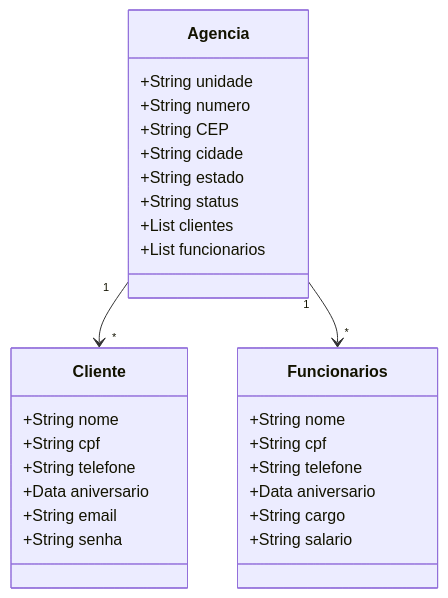
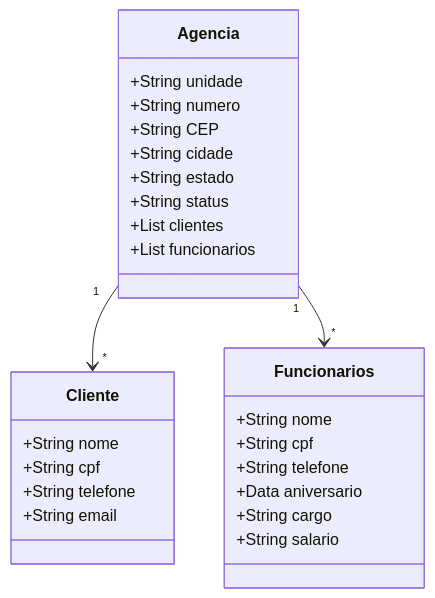
The diagram in README.md (Myrella-Goms/decola-tech-API-desafio-2025), drawn with Mermaid before and after one commit. The commit also changed other lines of this file, not shown here.

````diff
--- a/README.md
+++ b/README.md
@@ -13,34 +13,32 @@
 ```mermaid
 classDiagram
     class Agencia {
         +String unidade
         +String numero
         +String CEP
         +String cidade
         +String estado
         +String status
         +List<Clientes> clientes
         +List<Funcionarios> funcionarios
     }
 
     class Cliente {
         +String nome
         +String cpf
         +String telefone
-        +Data aniversario
         +String email
-        +String senha
     }
 
     class Funcionarios {
         +String nome
         +String cpf
         +String telefone
         +Data aniversario
         +String cargo
         +String salario
     }
 
     Agencia "1" --> "*" Cliente
     Agencia "1" --> "*" Funcionarios
 ```
````
